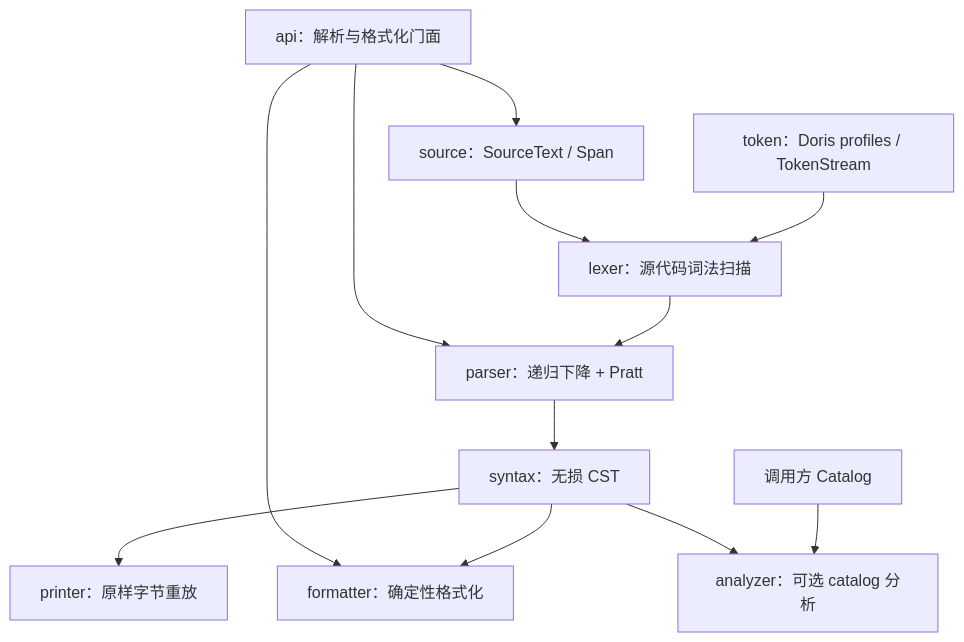
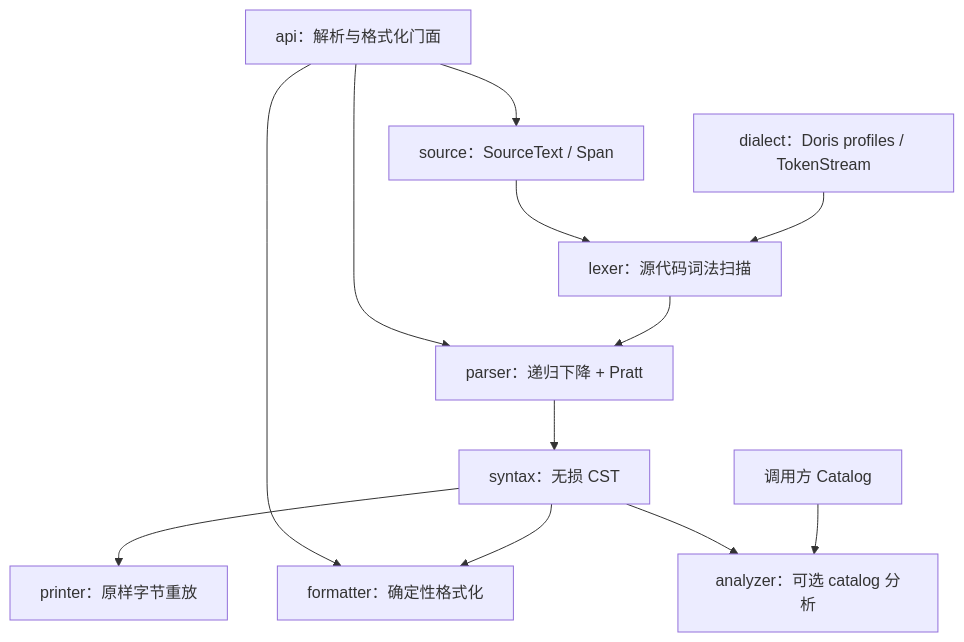
Before and after one commit to tchivs/fathom-sql: the diagram in docs/zh-CN/ARCHITECTURE.md, drawn with Mermaid. The commit also changed other lines of this file and 9 other files, not shown here.

First line of the commit message:
docs: fix stale @token.DorisProfile refs, add dialect/ package to docs, update toolchain version to 0.1.20260827

````diff
--- a/docs/zh-CN/ARCHITECTURE.md
+++ b/docs/zh-CN/ARCHITECTURE.md
@@ -13,14 +13,14 @@
 ```mermaid
 graph TD
     API[api：解析与格式化门面] --> Source[source：SourceText / Span]
     API --> Parser[parser：递归下降 + Pratt]
     API --> Formatter[formatter：确定性格式化]
     Source --> Lexer[lexer：源代码词法扫描]
-    Profiles[token：Doris profiles / TokenStream] --> Lexer
+    Profiles[dialect：Doris profiles / TokenStream] --> Lexer
     Lexer --> Parser
     Parser --> Syntax[syntax：无损 CST]
     Syntax --> Printer[printer：原样字节重放]
     Syntax --> Formatter
     Syntax --> Analyzer[analyzer：可选 catalog 分析]
     Catalog[调用方 Catalog] --> Analyzer
 ```
````
